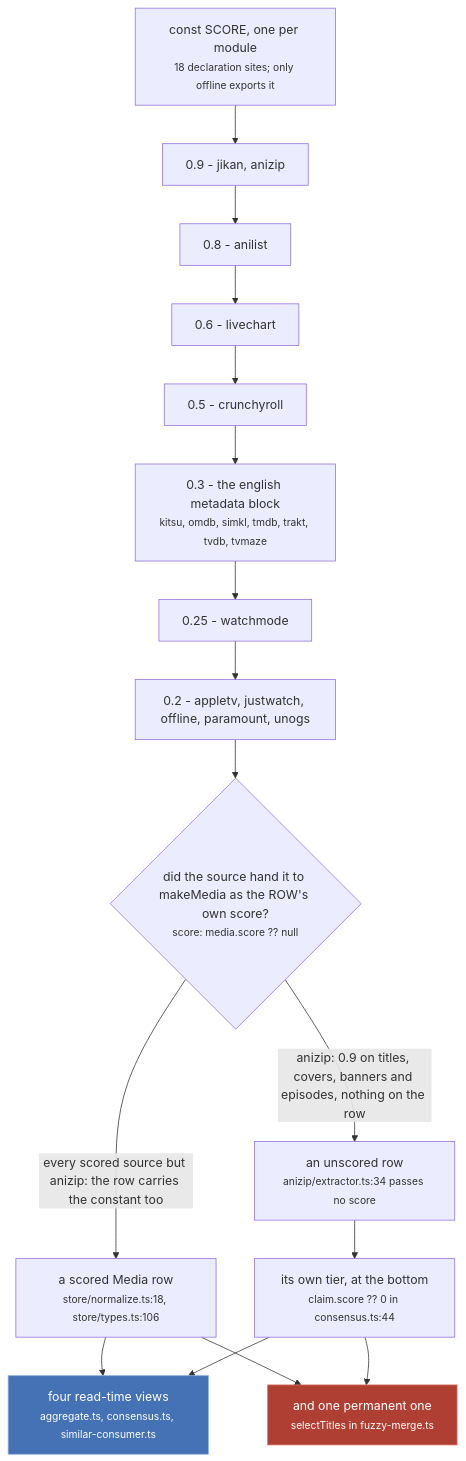
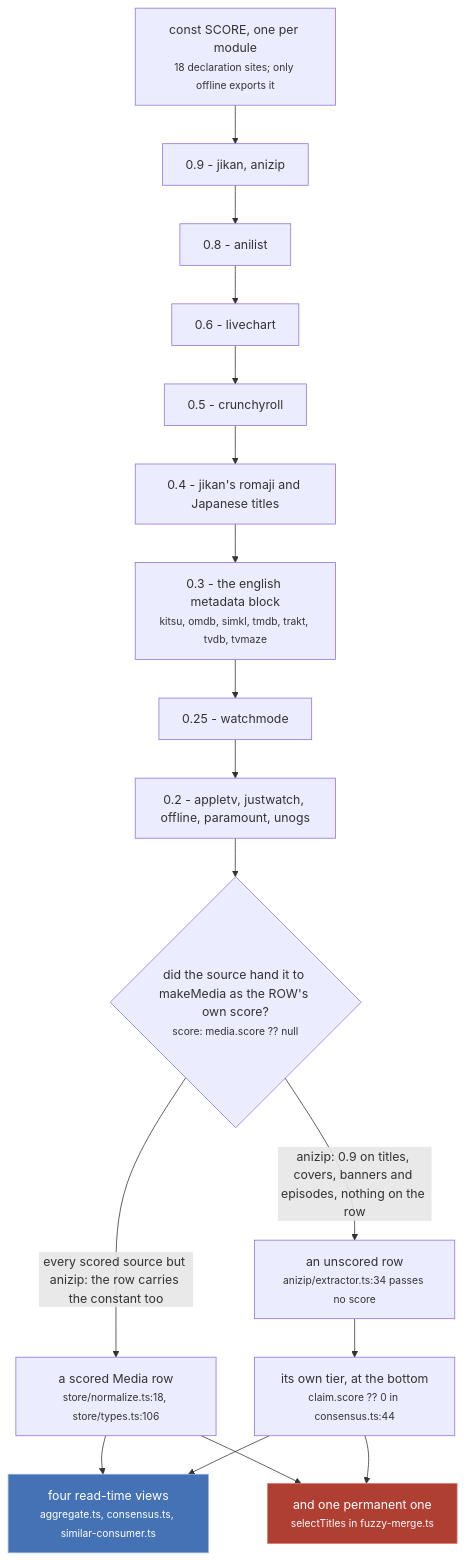
One commit to banou26/stub changed the first of 3 diagrams in docs/src/content/docs/sources/scores.md. Above: the diagram before and after it, drawn with Mermaid. The commit also changed other lines of this file and 11 other files, not shown here.

Commit message:
fix: 🐛cards lead with an English title over MyAnimeList's romaji

````diff
--- a/docs/src/content/docs/sources/scores.md
+++ b/docs/src/content/docs/sources/scores.md
@@ -60,26 +61,27 @@
 ```mermaid
 flowchart TD
   DECL["const SCORE, one per module<br/><small>18 declaration sites; only offline exports it</small>"]
   DECL --> T90["0.9 - jikan, anizip"]
   T90 --> T80["0.8 - anilist"]
   T80 --> T60["0.6 - livechart"]
   T60 --> T50["0.5 - crunchyroll"]
-  T50 --> T30["0.3 - the english metadata block<br/><small>kitsu, omdb, simkl, tmdb, trakt, tvdb, tvmaze</small>"]
+  T50 --> T40["0.4 - jikan's romaji and Japanese titles"]
+  T40 --> T30["0.3 - the english metadata block<br/><small>kitsu, omdb, simkl, tmdb, trakt, tvdb, tvmaze</small>"]
   T30 --> T25["0.25 - watchmode"]
   T25 --> T20["0.2 - appletv, justwatch, offline, paramount, unogs"]
   T20 --> Q{"did the source hand it to makeMedia as the ROW's own score?<br/><small>score: media.score ?? null</small>"}
   Q -->|"every scored source but anizip: the row carries the constant too"| ROW["a scored Media row<br/><small>store/normalize.ts:18, store/types.ts:106</small>"]
   Q -->|"anizip: 0.9 on titles, covers, banners and episodes, nothing on the row"| NONE["an unscored row<br/><small>anizip/extractor.ts:34 passes no score</small>"]
   NONE --> BOT["its own tier, at the bottom<br/><small>claim.score ?? 0 in consensus.ts:44</small>"]
   ROW --> READ["four read-time views<br/><small>aggregate.ts, consensus.ts, similar-consumer.ts</small>"]
   BOT --> READ
   ROW --> WELD["and one permanent one<br/><small>selectTitles in fuzzy-merge.ts</small>"]
   BOT --> WELD
 
   classDef irrev fill:#b03f33,stroke:#e0796f,color:#ffffff
   classDef ratchet fill:#8f5a0e,stroke:#f2b45c,color:#ffffff
   classDef view fill:#4572b5,stroke:#8db0de,color:#ffffff
   classDef refuse fill:#46464b,stroke:#8b8c93,color:#f2f2f4
   class READ view
   class WELD irrev
 ```
````
